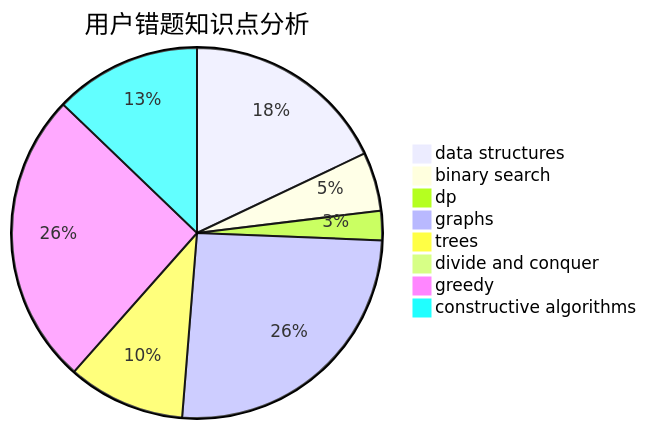
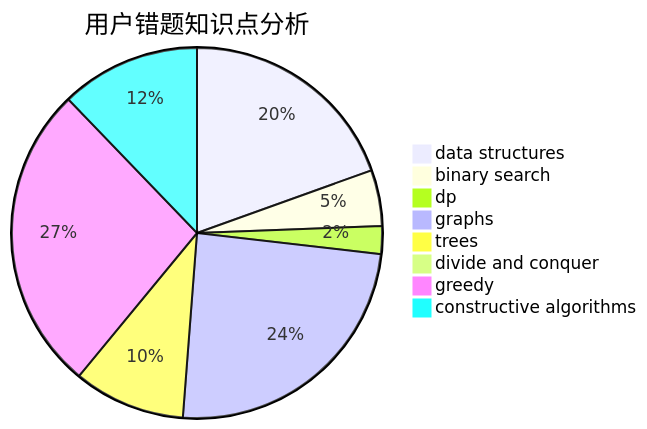
The third of 3 diagrams in docs/user/u1875.md (sherpahu/cfrs.github.io), drawn with Mermaid before and after one commit. The commit also changed other lines of this file and 2770 other files, not shown here.

````diff
--- a/docs/user/u1875.md
+++ b/docs/user/u1875.md
@@ -36,11 +36,11 @@
 ```mermaid
 pie title 用户错题知识点分析
-    "data structures" :  7
+    "data structures" :  8
     "binary search" :  2
     "dp" :  1
     "graphs" :  10
     "trees" :  4
     "divide and conquer" :  0
-    "greedy" :  10
+    "greedy" :  11
     "constructive algorithms" :  5
 ```
````
